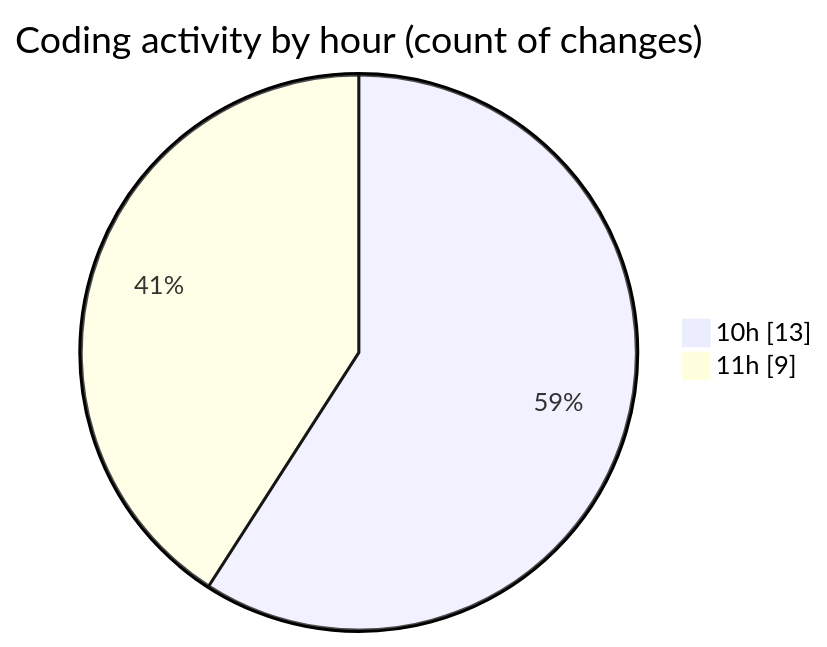
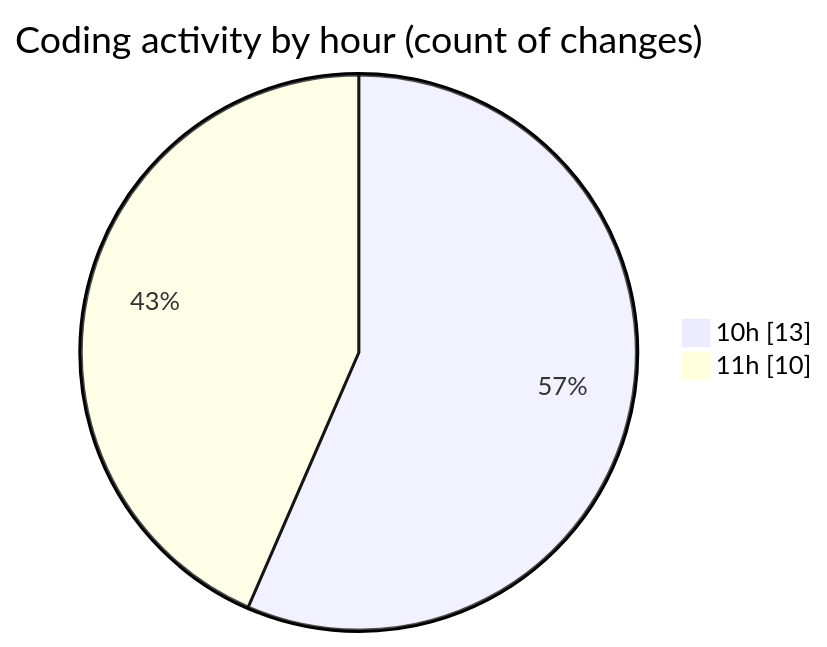
One commit to momahboobian/code-tracking changed the second of 2 diagrams in 2025-06-19/cda/README.md. Above: the diagram before and after it, drawn with Mermaid. The commit also changed other lines of this file and 1 other file, not shown here.

````diff
--- a/2025-06-19/cda/README.md
+++ b/2025-06-19/cda/README.md
@@ -31,6 +31,6 @@
 ```mermaid
 pie showData
 title Coding activity by hour (count of changes)
 "10h" : 13
-"11h" : 9
+"11h" : 10
 ```
````
